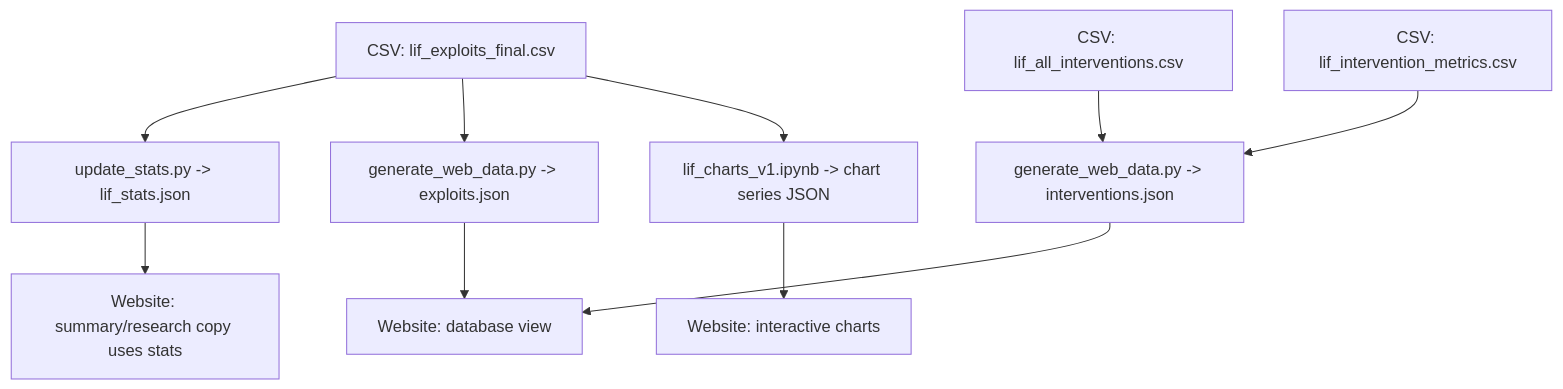
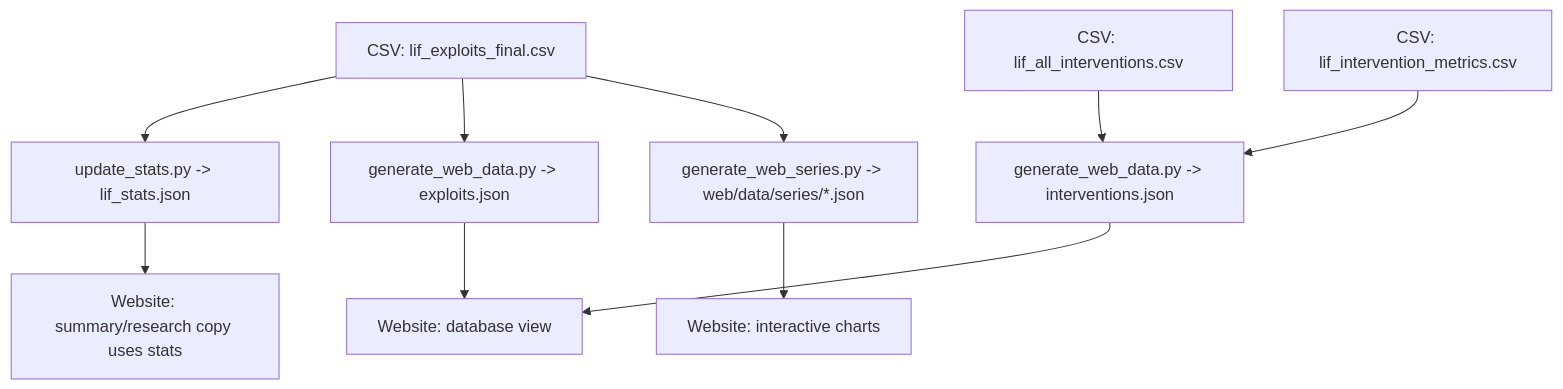
One commit to parametrig/legitimate-intervention-framework changed the diagram in web/DEVELOPMENT_PLAN.md. Above: the diagram before and after it, drawn with Mermaid. The commit also changed other lines of this file and 6 other files, not shown here.

Commit message:
Add web series JSON exports generator

````diff
--- a/web/DEVELOPMENT_PLAN.md
+++ b/web/DEVELOPMENT_PLAN.md
@@ -82,12 +89,12 @@
 ```mermaid
 flowchart TD
   A[CSV: lif_exploits_final.csv] --> B[update_stats.py -> lif_stats.json]
   A --> C[generate_web_data.py -> exploits.json]
   D[CSV: lif_all_interventions.csv] --> E[generate_web_data.py -> interventions.json]
   F[CSV: lif_intervention_metrics.csv] --> E
-  A --> G[lif_charts_v1.ipynb -> chart series JSON]
+  A --> G[generate_web_series.py -> web/data/series/*.json]
   B --> H[Website: summary/research copy uses stats]
   C --> I[Website: database view]
   E --> I
   G --> J[Website: interactive charts]
 ```
````
